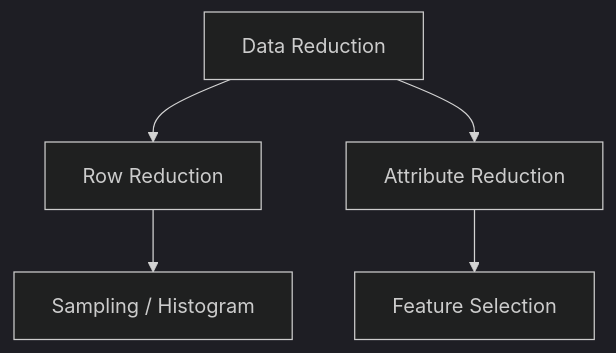
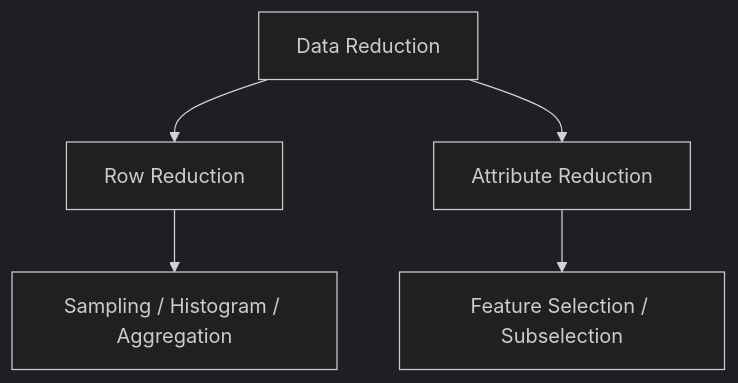
Before and after one commit to Balasubramanian-pg/MSC.-Data-Science-AI: the first of 7 diagrams in Trimester 1/Data Preprocessing/W06 - Data Reduction/L1/6.4. Attribute Subset Selection.md, drawn with Mermaid (dark theme). The commit also changed other lines of this file, not shown here.

Commit message:
Update 6.4. Attribute Subset Selection.md

````diff
--- a/Trimester 1/Data Preprocessing/W06 - Data Reduction/L1/6.4. Attribute Subset Selection.md
+++ b/Trimester 1/Data Preprocessing/W06 - Data Reduction/L1/6.4. Attribute Subset Selection.md
@@ -100,11 +38,8 @@
 ```mermaid
 flowchart TD
     A[Data Reduction]
     --> B[Row Reduction]
-
     A --> C[Attribute Reduction]
-
-    B --> D[Sampling / Histogram]
-
-    C --> E[Feature Selection]
+    B --> D[Sampling / Histogram / Aggregation]
+    C --> E[Feature Selection / Subselection]
 ```
````
